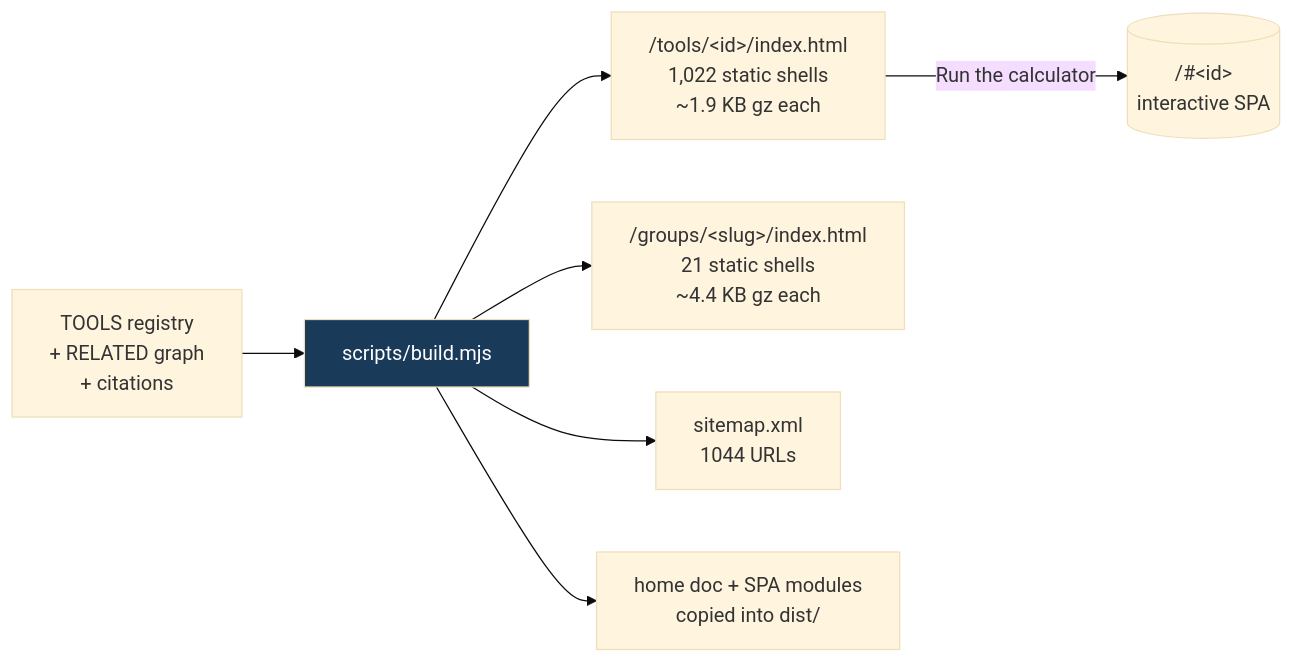
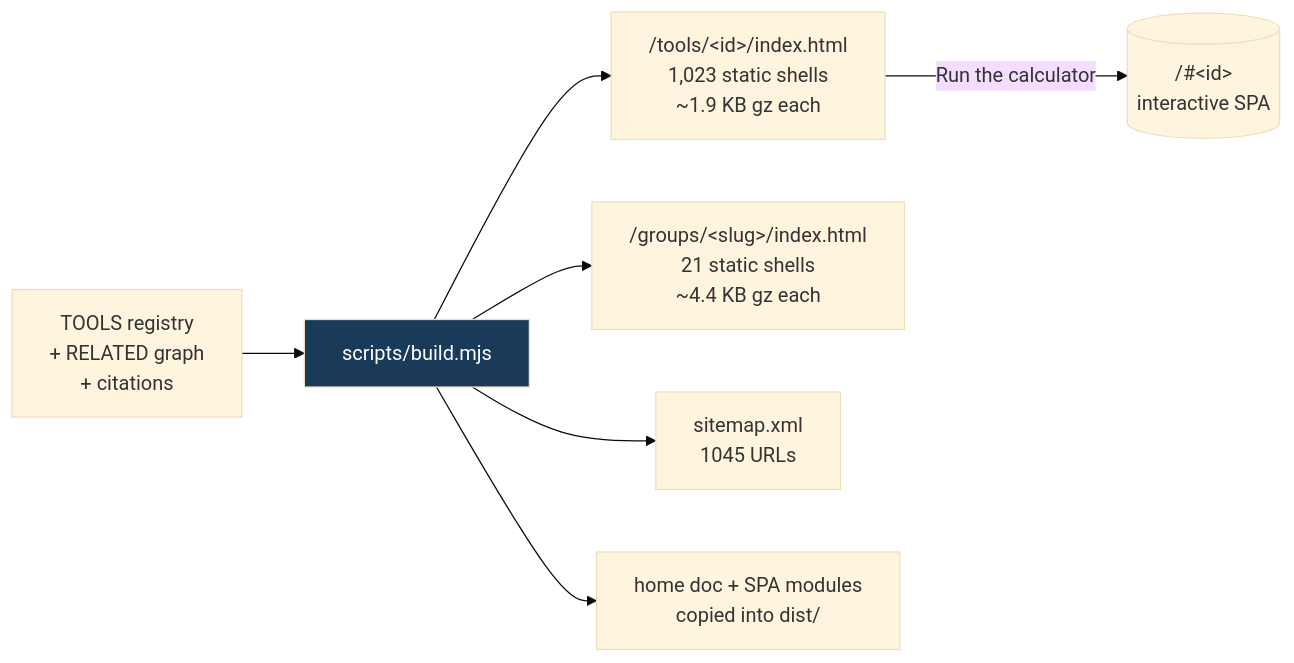
One commit to clay-good/roughlogic.com changed the fifth of 8 diagrams in README.md. Above: the diagram before and after it, drawn with Mermaid (base theme). The commit also changed other lines of this file and 13 other files, not shown here.

````diff
--- a/README.md
+++ b/README.md
@@ -495,10 +495,10 @@
 ```mermaid
 flowchart LR
     SRC[TOOLS registry\n+ RELATED graph\n+ citations] --> BUILD[scripts/build.mjs]
-    BUILD --> TILE["/tools/&lt;id&gt;/index.html\n1,022 static shells\n~1.9 KB gz each"]
+    BUILD --> TILE["/tools/&lt;id&gt;/index.html\n1,023 static shells\n~1.9 KB gz each"]
     BUILD --> GROUP["/groups/&lt;slug&gt;/index.html\n21 static shells\n~4.4 KB gz each"]
-    BUILD --> MAP["sitemap.xml\n1044 URLs"]
+    BUILD --> MAP["sitemap.xml\n1045 URLs"]
     BUILD --> COPY[home doc + SPA modules\ncopied into dist/]
     TILE -->|Run the calculator| SPA[("/#&lt;id&gt;\ninteractive SPA")]
     style BUILD fill:#1a3a5a,color:#fff
 ```
````
